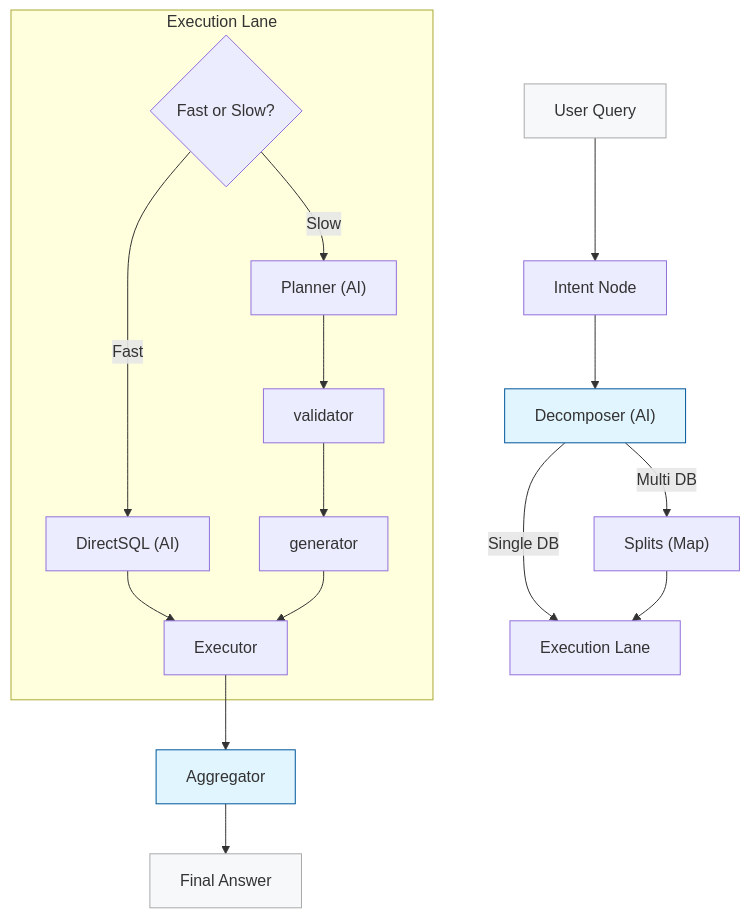
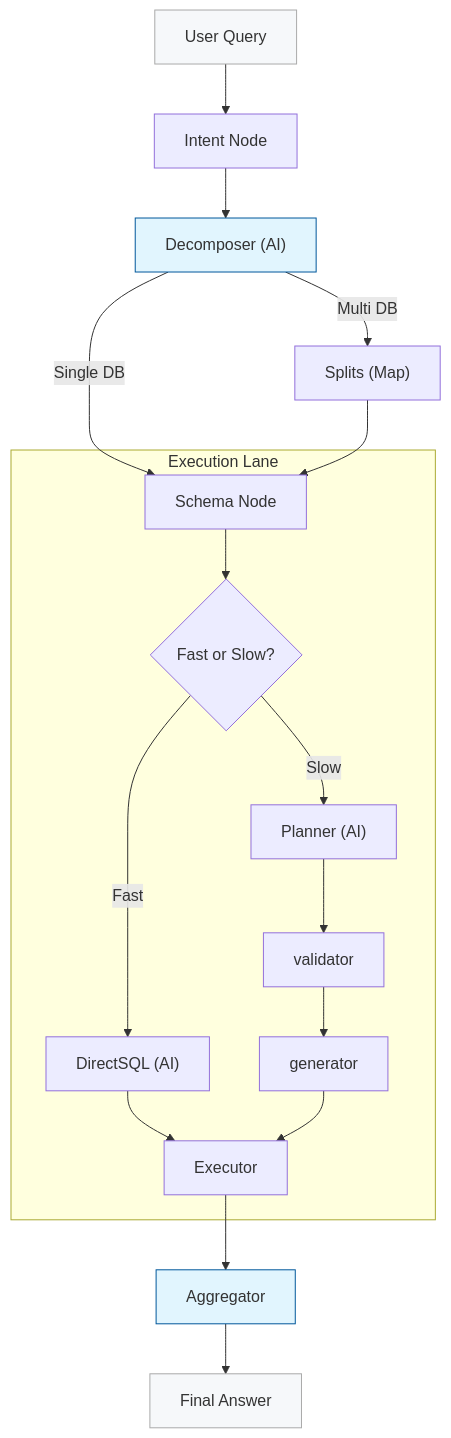
The diagram in README.md (nadeem4/nl2sql), drawn with Mermaid before and after one commit.

Commit message:
docs: Add schema node to query execution flowchart and update data flow paths.

````diff
--- a/README.md
+++ b/README.md
@@ -229,28 +229,28 @@
 ```mermaid
 flowchart TD
   user["User Query"] --> intent["Intent Node"]
   intent --> decomposer["Decomposer (AI)"]
-  decomposer -- Single DB --> execution["Execution Lane"]
+  decomposer -- Single DB --> schema
   decomposer -- Multi DB --> splits["Splits (Map)"]
   
-  splits --> execution
+  splits --> schema
   
   subgraph Execution Lane
-    lane_logic{Fast or Slow?}
+    schema["Schema Node"] --> lane_logic{Fast or Slow?}
     lane_logic -- Fast --> directSQL["DirectSQL (AI)"]
     lane_logic -- Slow --> planner["Planner (AI)"]
     planner --> validator
     validator --> generator
     
     directSQL --> executor
     generator --> executor["Executor"]
   end
   
   executor --> aggregator["Aggregator"]
   aggregator --> answer["Final Answer"]
   
   style user fill:#f6f8fa,stroke:#aaa
   style decomposer fill:#e1f5fe,stroke:#01579b
   style aggregator fill:#e1f5fe,stroke:#01579b
   style answer fill:#f6f8fa,stroke:#aaa
 ```
````
